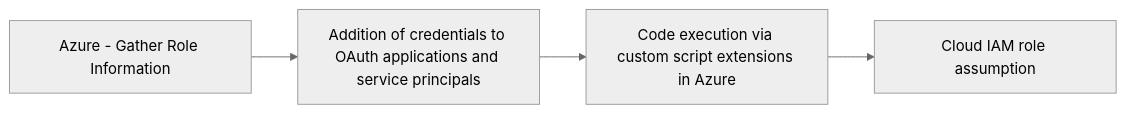
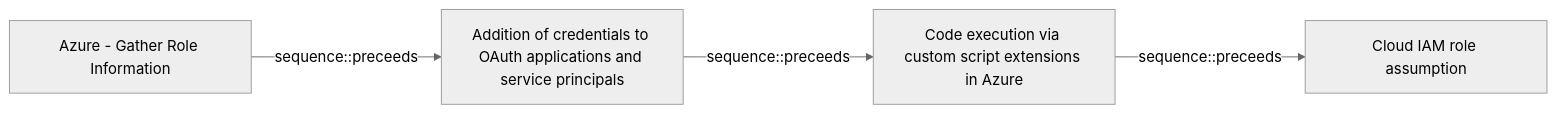
One commit to opentidehq/library changed the diagram in docs/threats/azure-gather-role-information.md. Above: the diagram before and after it, drawn with Mermaid (neutral theme). The commit also changed other lines of this file and 277 other files, not shown here.

````diff
--- a/docs/threats/azure-gather-role-information.md
+++ b/docs/threats/azure-gather-role-information.md
@@ -93,10 +131,10 @@
 ```mermaid
 flowchart LR
 140907eb_c9fb_4330_9d71_656422388b2b["Azure - Gather Role Information"]
 a8c7b250_a2d4_4a0d_82f8_23dc99c77d7b["Addition of credentials to OAuth applications and service principals"]
 61ddc240_e5a6_4ca8_ae77_6b471b498913["Code execution via custom script extensions in Azure"]
 f1dc4341_eb45_4d07_8075_b1a6b227cc76["Cloud IAM role assumption"]
-140907eb_c9fb_4330_9d71_656422388b2b --> a8c7b250_a2d4_4a0d_82f8_23dc99c77d7b
-a8c7b250_a2d4_4a0d_82f8_23dc99c77d7b --> 61ddc240_e5a6_4ca8_ae77_6b471b498913
-61ddc240_e5a6_4ca8_ae77_6b471b498913 --> f1dc4341_eb45_4d07_8075_b1a6b227cc76
+140907eb_c9fb_4330_9d71_656422388b2b -->|sequence::preceeds| a8c7b250_a2d4_4a0d_82f8_23dc99c77d7b
+a8c7b250_a2d4_4a0d_82f8_23dc99c77d7b -->|sequence::preceeds| 61ddc240_e5a6_4ca8_ae77_6b471b498913
+61ddc240_e5a6_4ca8_ae77_6b471b498913 -->|sequence::preceeds| f1dc4341_eb45_4d07_8075_b1a6b227cc76
 ```
````
